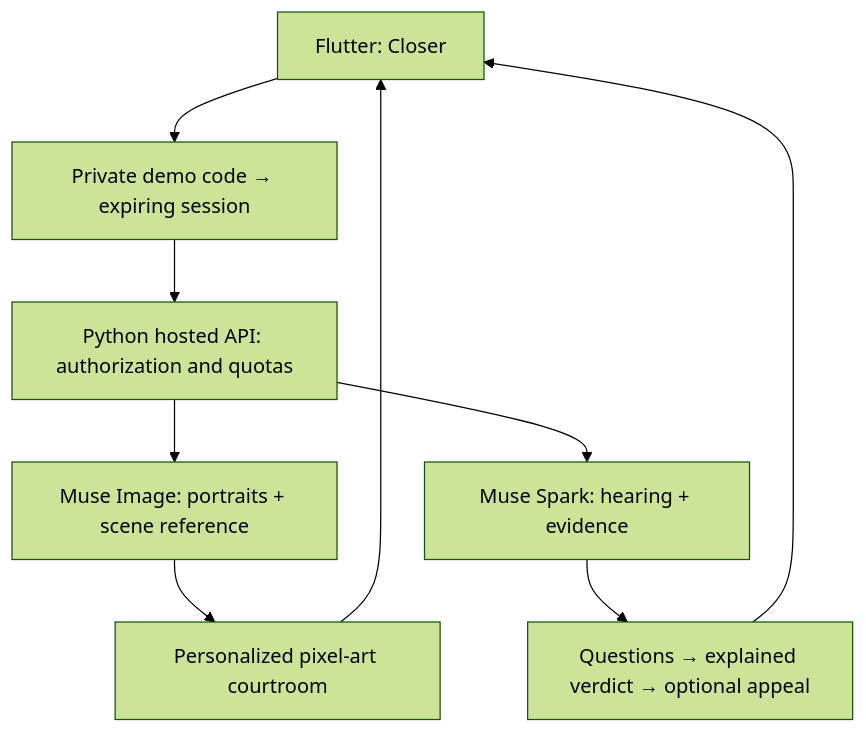
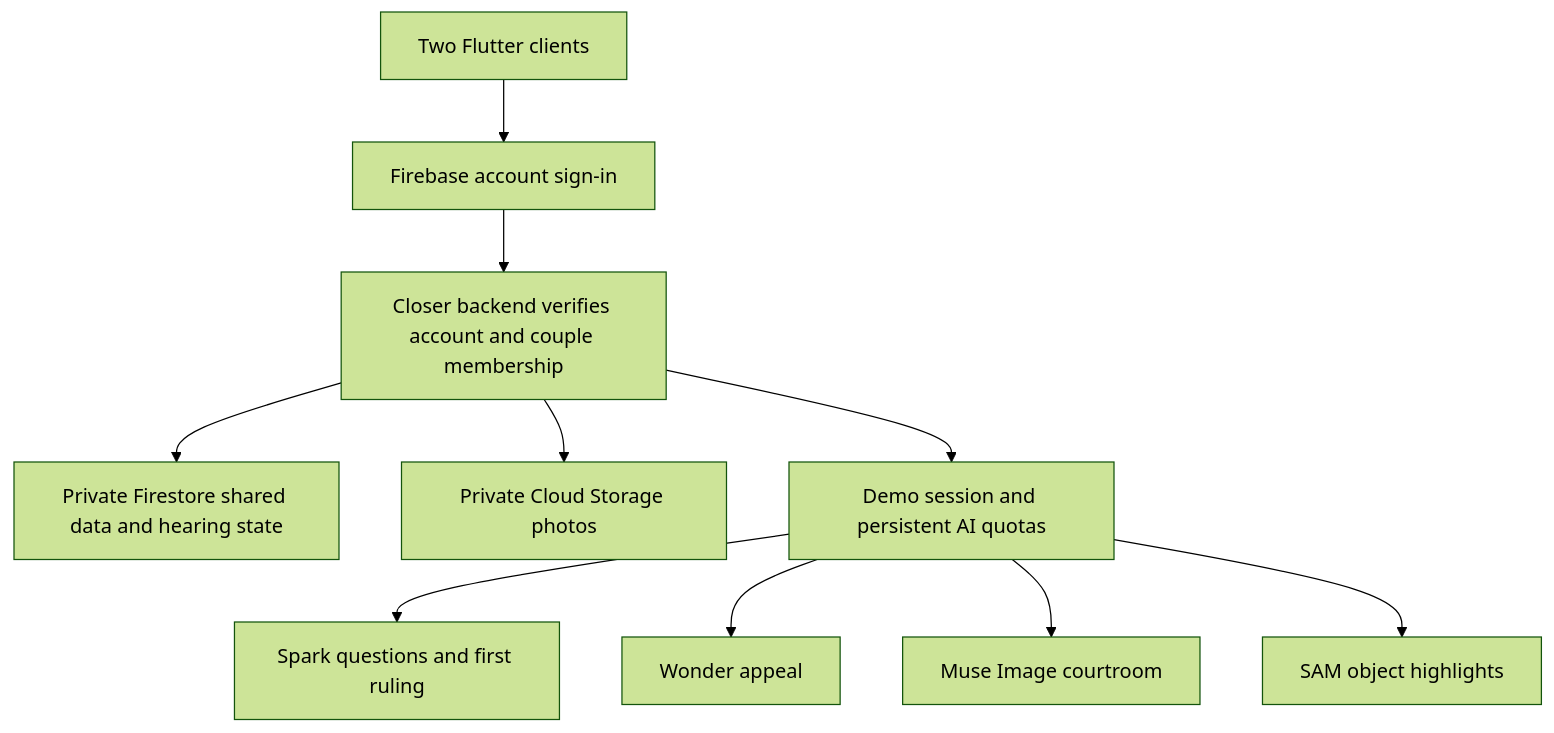
Before and after one commit to joshua0331/Closer: the diagram in README.md, drawn with Mermaid (forest theme). The commit also changed other lines of this file and 37 other files, not shown here.

````diff
--- a/README.md
+++ b/README.md
@@ -69,11 +84,12 @@
 ```mermaid
 flowchart TD
-    A[Flutter: Closer] --> B[Private demo code → expiring session]
-    B --> C[Python hosted API: authorization and quotas]
-    C --> D[Muse Image: portraits + scene reference]
-    C --> E[Muse Spark: hearing + evidence]
-    D --> F[Personalized pixel-art courtroom]
-    E --> G[Questions → explained verdict → optional appeal]
-    F --> A
-    G --> A
+    A[Two Flutter clients] --> B[Firebase account sign-in]
+    B --> C[Closer backend verifies account and couple membership]
+    C --> D[Private Firestore shared data and hearing state]
+    C --> E[Private Cloud Storage photos]
+    C --> F[Demo session and persistent AI quotas]
+    F --> G[Spark questions and first ruling]
+    F --> H[Wonder appeal]
+    F --> I[Muse Image courtroom]
+    F --> J[SAM object highlights]
 ```
````
